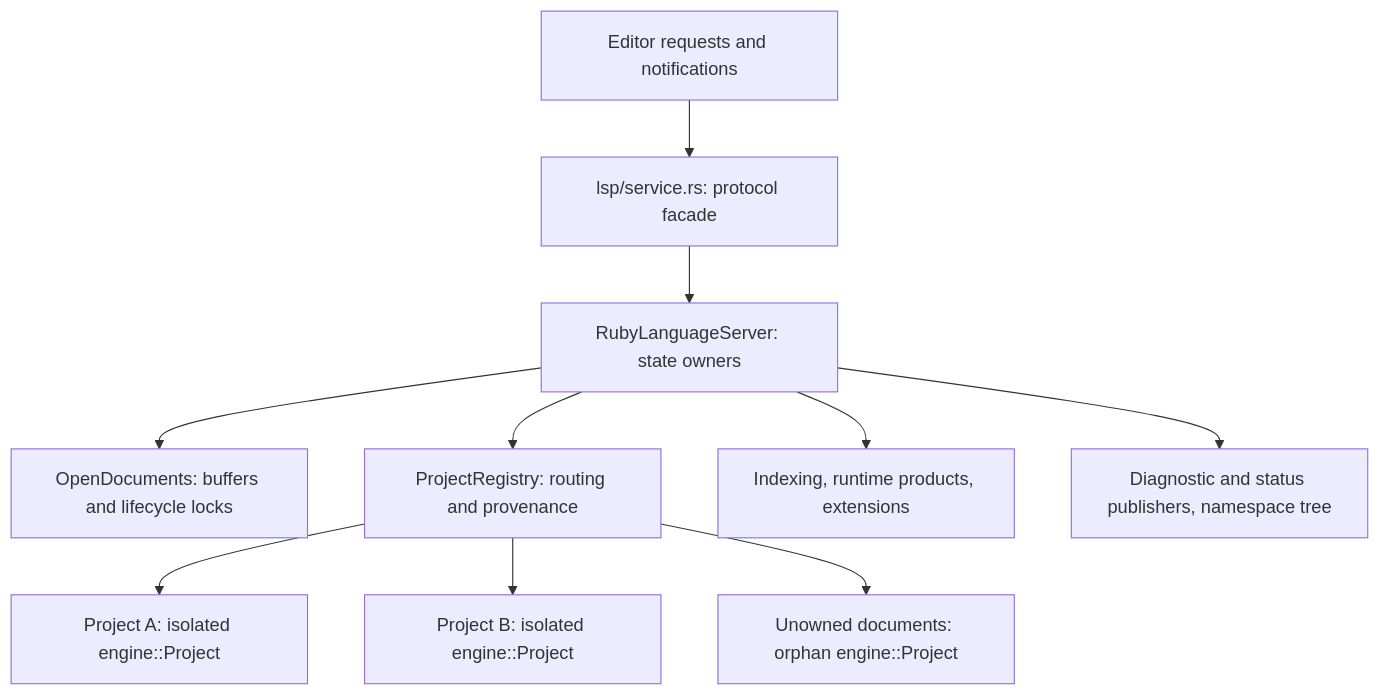
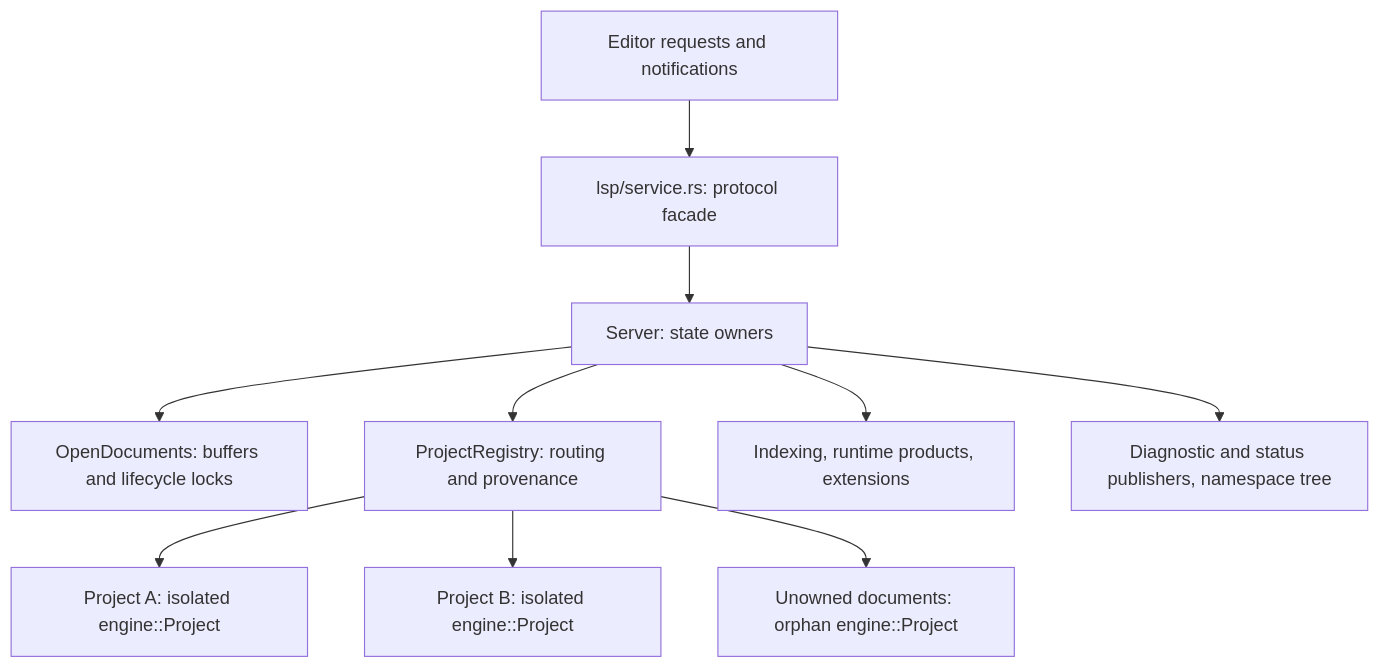
The diagram in docs/development/server-state.md (rajnaveen344/ruby-fast-lsp), drawn with Mermaid before and after one commit. The commit also changed other lines of this file and 105 other files, not shown here.

````diff
--- a/docs/development/server-state.md
+++ b/docs/development/server-state.md
@@ -113,11 +113,11 @@
 ```mermaid
 flowchart TD
-    LSP[Editor requests and notifications] --> Service[lsp/service.rs: protocol facade] --> Server[RubyLanguageServer: state owners]
+    LSP[Editor requests and notifications] --> Service[lsp/service.rs: protocol facade] --> Server[Server: state owners]
     Server --> Documents[OpenDocuments: buffers and lifecycle locks]
     Server --> Projects[ProjectRegistry: routing and provenance]
     Projects --> A[Project A: isolated engine::Project]
     Projects --> B[Project B: isolated engine::Project]
     Projects --> Orphan[Unowned documents: orphan engine::Project]
     Server --> Services[Indexing, runtime products, extensions]
     Server --> Output[Diagnostic and status publishers, namespace tree]
 ```
````
